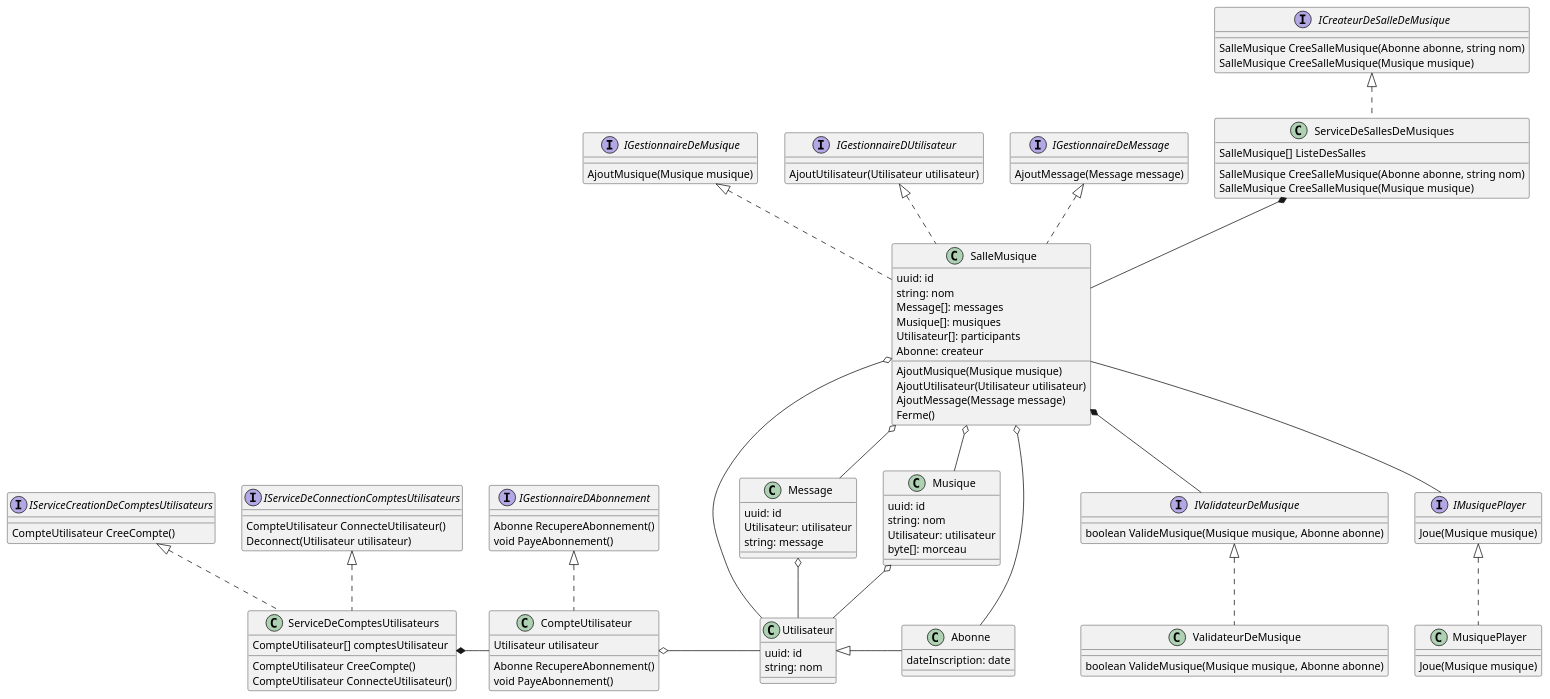
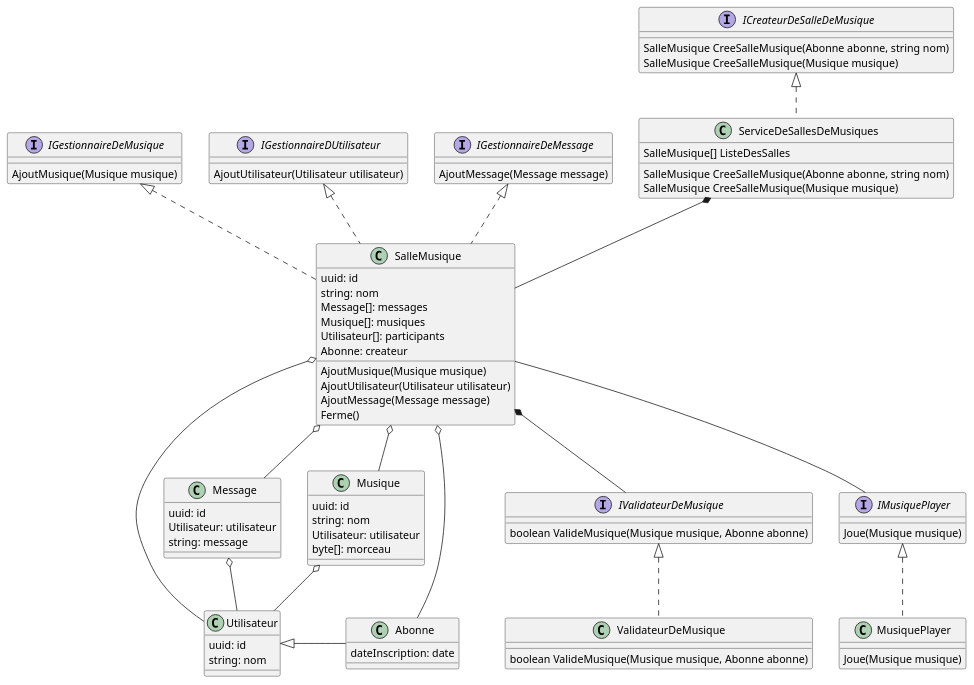
One commit to thomasGuibert/Cours-Design changed the diagram in ShareMusicProject/classes.plantuml. Above: the diagram before and after it, drawn with PlantUML. The commit also changed 10 other files, not shown here.

```diff
--- a/ShareMusicProject/classes.plantuml
+++ b/ShareMusicProject/classes.plantuml
@@ -1,122 +1,93 @@
 @startuml classes
 
-interface IServiceCreationDeComptesUtilisateurs{
-    CompteUtilisateur CreeCompte()
-}
-
-interface IServiceDeConnectionComptesUtilisateurs{
-    CompteUtilisateur ConnecteUtilisateur()
-    Deconnect(Utilisateur utilisateur)
-}
-class ServiceDeComptesUtilisateurs{
-    CompteUtilisateur[] comptesUtilisateur
-    CompteUtilisateur CreeCompte()
-    CompteUtilisateur ConnecteUtilisateur()
-}
-
-interface IGestionnaireDAbonnement{
-    Abonne RecupereAbonnement()
-    void PayeAbonnement()
-}
-
-class CompteUtilisateur{
-    Utilisateur utilisateur
-    Abonne RecupereAbonnement()
-    void PayeAbonnement()
-}
 
 interface ICreateurDeSalleDeMusique {
     SalleMusique CreeSalleMusique(Abonne abonne, string nom)
     SalleMusique CreeSalleMusique(Musique musique)
 }
 
 interface IGestionnaireDeMusique {
     AjoutMusique(Musique musique)
 }
 interface IGestionnaireDUtilisateur {
     AjoutUtilisateur(Utilisateur utilisateur)
 }
 interface IGestionnaireDeMessage {
     AjoutMessage(Message message)
 }
 
 class ServiceDeSallesDeMusiques{
     SalleMusique[] ListeDesSalles
     SalleMusique CreeSalleMusique(Abonne abonne, string nom)
     SalleMusique CreeSalleMusique(Musique musique)
 }
 
 class Message {
     uuid: id
     Utilisateur: utilisateur
     string: message
 }
 
 class Musique{
     uuid: id
     string: nom
     Utilisateur: utilisateur
     byte[]: morceau
 }
 
 class SalleMusique{
     uuid: id
     string: nom
     Message[]: messages
     Musique[]: musiques
     Utilisateur[]: participants
     Abonne: createur
     AjoutMusique(Musique musique)
     AjoutUtilisateur(Utilisateur utilisateur)
     AjoutMessage(Message message)
     Ferme()
 }
 
 interface IValidateurDeMusique {
     boolean ValideMusique(Musique musique, Abonne abonne)
 }
 
 class ValidateurDeMusique {
     boolean ValideMusique(Musique musique, Abonne abonne)
 }
 
 interface IMusiquePlayer{
     Joue(Musique musique)
 }
 class MusiquePlayer{
     Joue(Musique musique)
 }
 
 class Utilisateur{
     uuid: id
     string: nom
 }
 
 class Abonne{
     dateInscription: date
 }
 
-IServiceCreationDeComptesUtilisateurs <|.. ServiceDeComptesUtilisateurs
-IServiceDeConnectionComptesUtilisateurs <|.. ServiceDeComptesUtilisateurs
 
-ServiceDeComptesUtilisateurs *- CompteUtilisateur
-CompteUtilisateur o- Utilisateur
 Utilisateur <|- Abonne
 ICreateurDeSalleDeMusique <|.. ServiceDeSallesDeMusiques
 ServiceDeSallesDeMusiques *-- SalleMusique
 IGestionnaireDeMusique <|.. SalleMusique
 IGestionnaireDUtilisateur <|.. SalleMusique
 IGestionnaireDeMessage <|.. SalleMusique
 Message o-- Utilisateur
 Musique o-- Utilisateur
 SalleMusique o-- Message
 SalleMusique o-- Musique
 SalleMusique o-- Abonne
 SalleMusique o-- Utilisateur
 SalleMusique *-- IValidateurDeMusique
 IValidateurDeMusique <|.. ValidateurDeMusique
 IMusiquePlayer <|.. MusiquePlayer
 SalleMusique -- IMusiquePlayer
-IGestionnaireDAbonnement <|.. CompteUtilisateur
 
 @enduml
```
